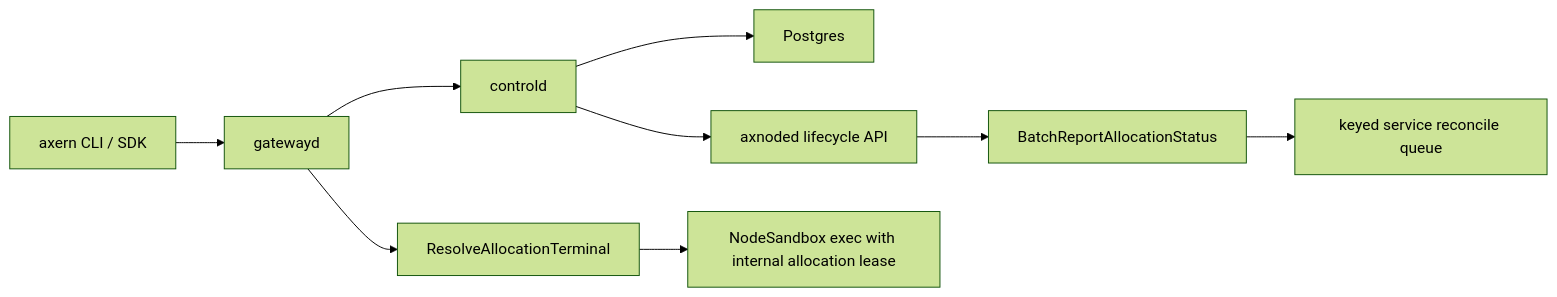
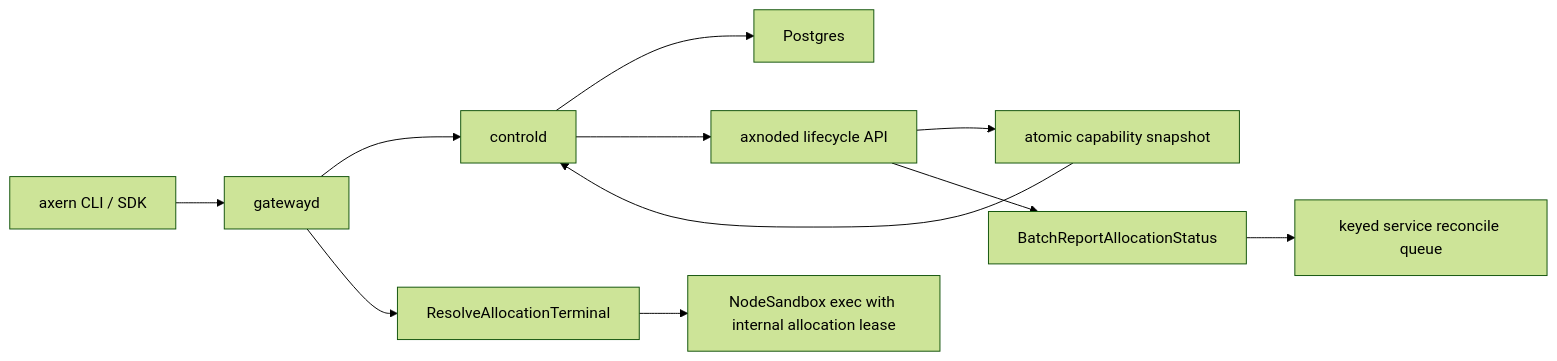
The diagram in docs/architecture/runtime-architecture.md (cofy-x/axern), drawn with Mermaid (forest theme) before and after one commit. The commit also changed other lines of this file and 254 other files, not shown here.

````diff
--- a/docs/architecture/runtime-architecture.md
+++ b/docs/architecture/runtime-architecture.md
@@ -46,11 +52,13 @@
 ```mermaid
 flowchart LR
     CLI["axern CLI / SDK"] --> Gateway["gatewayd"]
     Gateway --> Ctrl["controld"]
     Ctrl --> DB["Postgres"]
+    Node --> Snapshot["atomic capability snapshot"]
+    Snapshot --> Ctrl
     Ctrl --> Node["axnoded lifecycle API"]
     Node --> CtrlStatus["BatchReportAllocationStatus"]
     CtrlStatus --> ServiceQueue["keyed service reconcile queue"]
     Gateway --> Resolve["ResolveAllocationTerminal"]
     Resolve --> NodeExec["NodeSandbox exec with internal allocation lease"]
 ```
````
